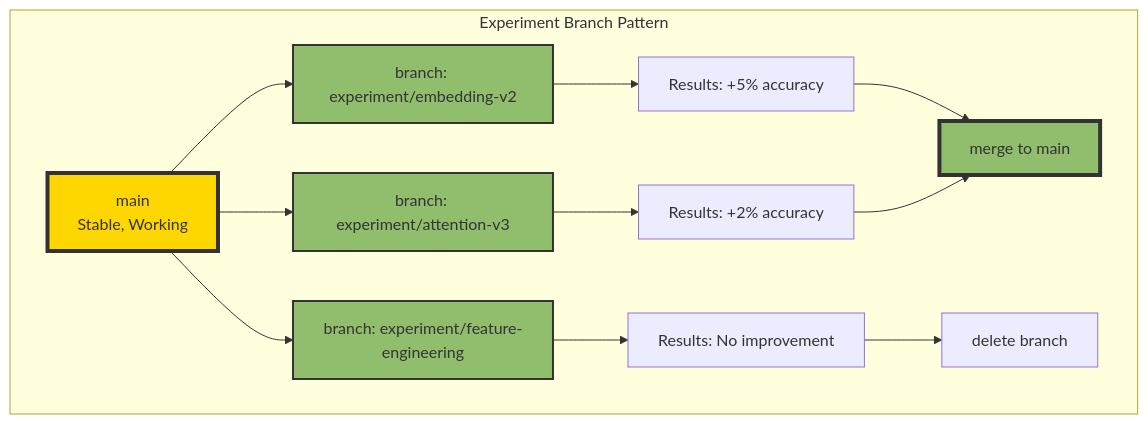
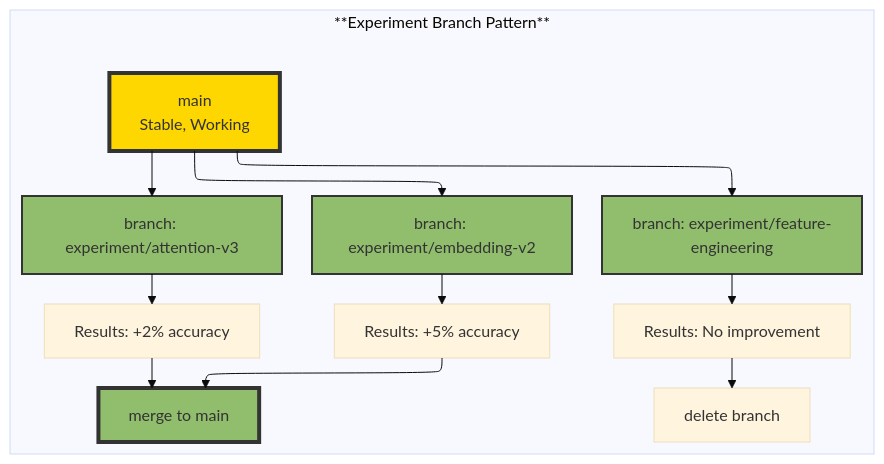
The third of 3 diagrams in The 2026 AI Metromap/The 2026 AI Metromap: Command Line & Version Control – Navigating the Terminal Like a Conductor.md (Vineet-Sharma-Medium-Stories/Medium-Build-Tool), drawn with Mermaid before and after one commit. The commit also changed other lines of this file and 37 other files, not shown here.

````diff
--- a/The 2026 AI Metromap/The 2026 AI Metromap: Command Line & Version Control – Navigating the Terminal Like a Conductor.md
+++ b/The 2026 AI Metromap/The 2026 AI Metromap: Command Line & Version Control – Navigating the Terminal Like a Conductor.md
@@ -294,22 +304,27 @@
 ```mermaid
+---
+config:
+  theme: base
+  layout: elk
+---
 graph TD
-    subgraph "Experiment Branch Pattern"
+    subgraph "**Experiment Branch Pattern**"
         M[main<br/>Stable, Working] --> B1[branch: experiment/embedding-v2]
         M --> B2[branch: experiment/attention-v3]
         M --> B3[branch: experiment/feature-engineering]
         
         B1 --> R1[Results: +5% accuracy]
         B2 --> R2[Results: +2% accuracy]
         B3 --> R3[Results: No improvement]
         
         R1 --> M2[merge to main]
         R2 --> M2
         R3 --> D[delete branch]
     end
     
     style M fill:#ffd700,stroke:#333,stroke-width:4px
     style B1 fill:#90be6d,stroke:#333,stroke-width:2px
     style B2 fill:#90be6d,stroke:#333,stroke-width:2px
     style B3 fill:#90be6d,stroke:#333,stroke-width:2px
     style M2 fill:#90be6d,stroke:#333,stroke-width:4px
 ```
````
